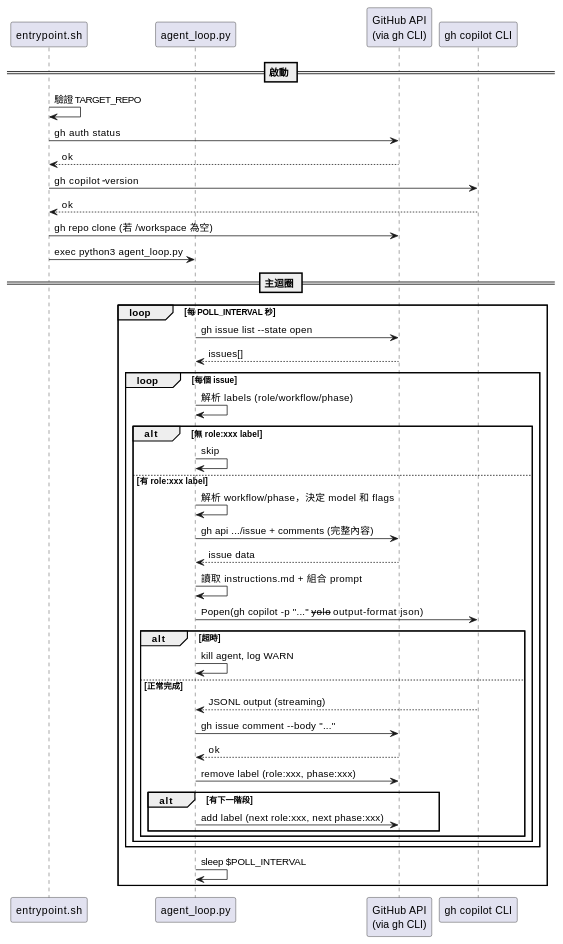
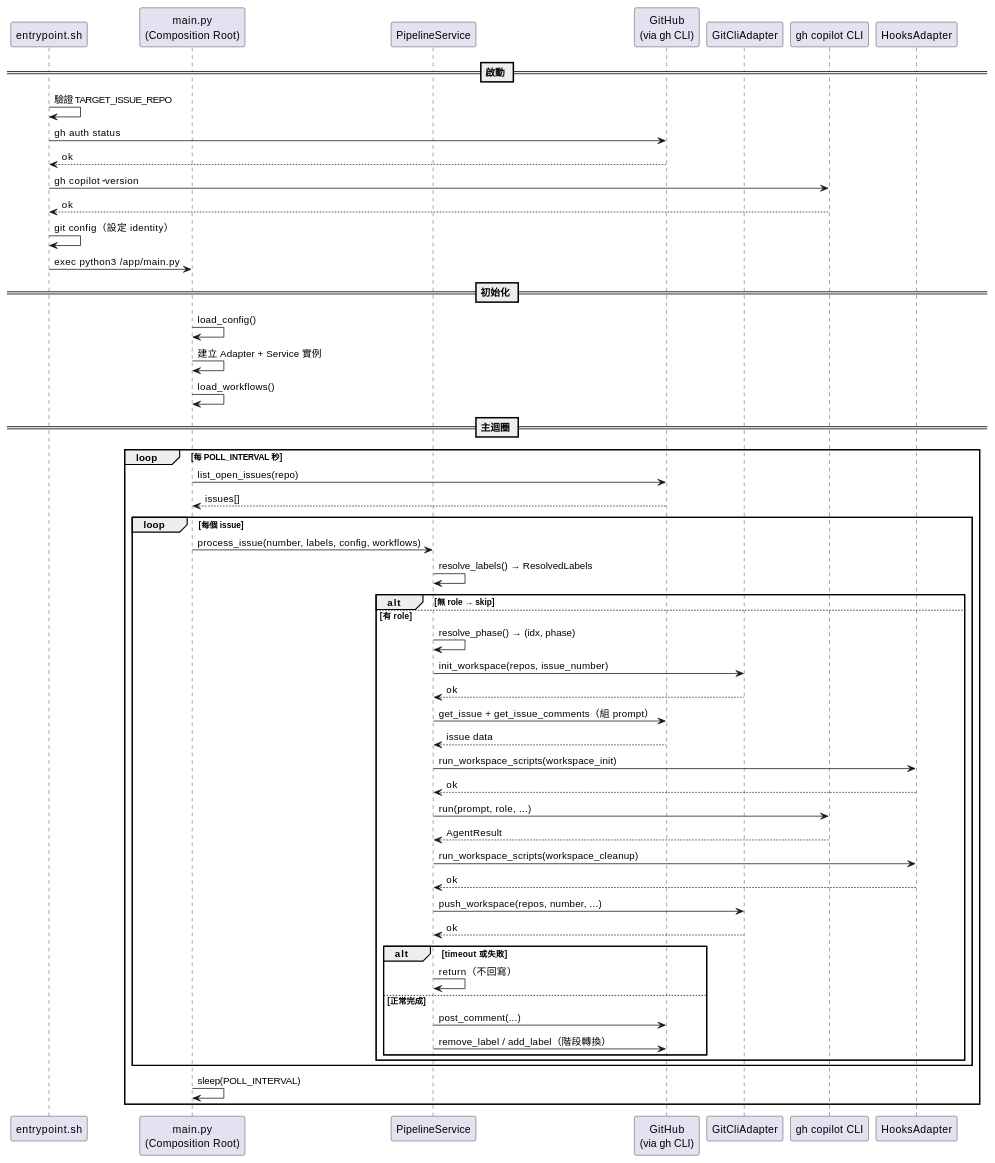
Before and after one commit to FATESAIKOU/LearnGhAgent: the diagram in docs/03-basic-design.md, drawn with PlantUML. The commit also changed other lines of this file and 5 other files, not shown here.

````diff
--- a/docs/03-basic-design.md
+++ b/docs/03-basic-design.md
@@ -687,54 +699,67 @@
 ```plantuml
 @startuml
 skinparam defaultFontName sans-serif
 
 participant "entrypoint.sh" as EP
-participant "agent_loop.py" as AL
-participant "GitHub API\n(via gh CLI)" as GH
+participant "main.py\n(Composition Root)" as MAIN
+participant "PipelineService" as PS
+participant "GitHub\n(via gh CLI)" as GH
+participant "GitCliAdapter" as GIT
 participant "gh copilot CLI" as Agent
+participant "HooksAdapter" as HOOKS
 
 == 啟動 ==
-EP -> EP : 驗證 TARGET_REPO
+EP -> EP : 驗證 TARGET_ISSUE_REPO
 EP -> GH : gh auth status
 GH --> EP : ok
 EP -> Agent : gh copilot -- --version
 Agent --> EP : ok
-EP -> GH : gh repo clone (若 /workspace 為空)
-EP -> AL : exec python3 agent_loop.py
+EP -> EP : git config（設定 identity）
+EP -> MAIN : exec python3 /app/main.py
+
+== 初始化 ==
+MAIN -> MAIN : load_config()
+MAIN -> MAIN : 建立 Adapter + Service 實例
+MAIN -> MAIN : load_workflows()
 
 == 主迴圈 ==
 loop 每 POLL_INTERVAL 秒
-    AL -> GH : gh issue list --state open
-    GH --> AL : issues[]
-    
+    MAIN -> GH : list_open_issues(repo)
+    GH --> MAIN : issues[]
+
     loop 每個 issue
-        AL -> AL : 解析 labels (role/workflow/phase)
-        
-        alt 無 role:xxx label
-            AL -> AL : skip
-        else 有 role:xxx label
-            AL -> AL : 解析 workflow/phase，決定 model 和 flags
-            AL -> GH : gh api .../issue + comments (完整內容)
-            GH --> AL : issue data
-            AL -> AL : 讀取 instructions.md + 組合 prompt
-            AL -> Agent : Popen(gh copilot -p "..." --yolo --output-format json)
-            
-            alt 超時
-                AL -> AL : kill agent, log WARN
+        MAIN -> PS : process_issue(number, labels, config, workflows)
+
+        PS -> PS : resolve_labels() → ResolvedLabels
+
+        alt 無 role → skip
+        else 有 role
+            PS -> PS : resolve_phase() → (idx, phase)
+            PS -> GIT : init_workspace(repos, issue_number)
+            GIT --> PS : ok
+            PS -> GH : get_issue + get_issue_comments（組 prompt）
+            GH --> PS : issue data
+            PS -> HOOKS : run_workspace_scripts(workspace_init)
+            HOOKS --> PS : ok
+            PS -> Agent : run(prompt, role, ...)
+            Agent --> PS : AgentResult
+
+            PS -> HOOKS : run_workspace_scripts(workspace_cleanup)
+            HOOKS --> PS : ok
+            PS -> GIT : push_workspace(repos, number, ...)
+            GIT --> PS : ok
+
+            alt timeout 或失敗
+                PS -> PS : return（不回寫）
             else 正常完成
-                Agent --> AL : JSONL output (streaming)
-                AL -> GH : gh issue comment --body "..."
-                GH --> AL : ok
-                AL -> GH : remove label (role:xxx, phase:xxx)
-                alt 有下一階段
-                    AL -> GH : add label (next role:xxx, next phase:xxx)
-                end
+                PS -> GH : post_comment(...)
+                PS -> GH : remove_label / add_label（階段轉換）
             end
         end
     end
-    
-    AL -> AL : sleep $POLL_INTERVAL
+
+    MAIN -> MAIN : sleep(POLL_INTERVAL)
 end
 
 @enduml
 ```
````
